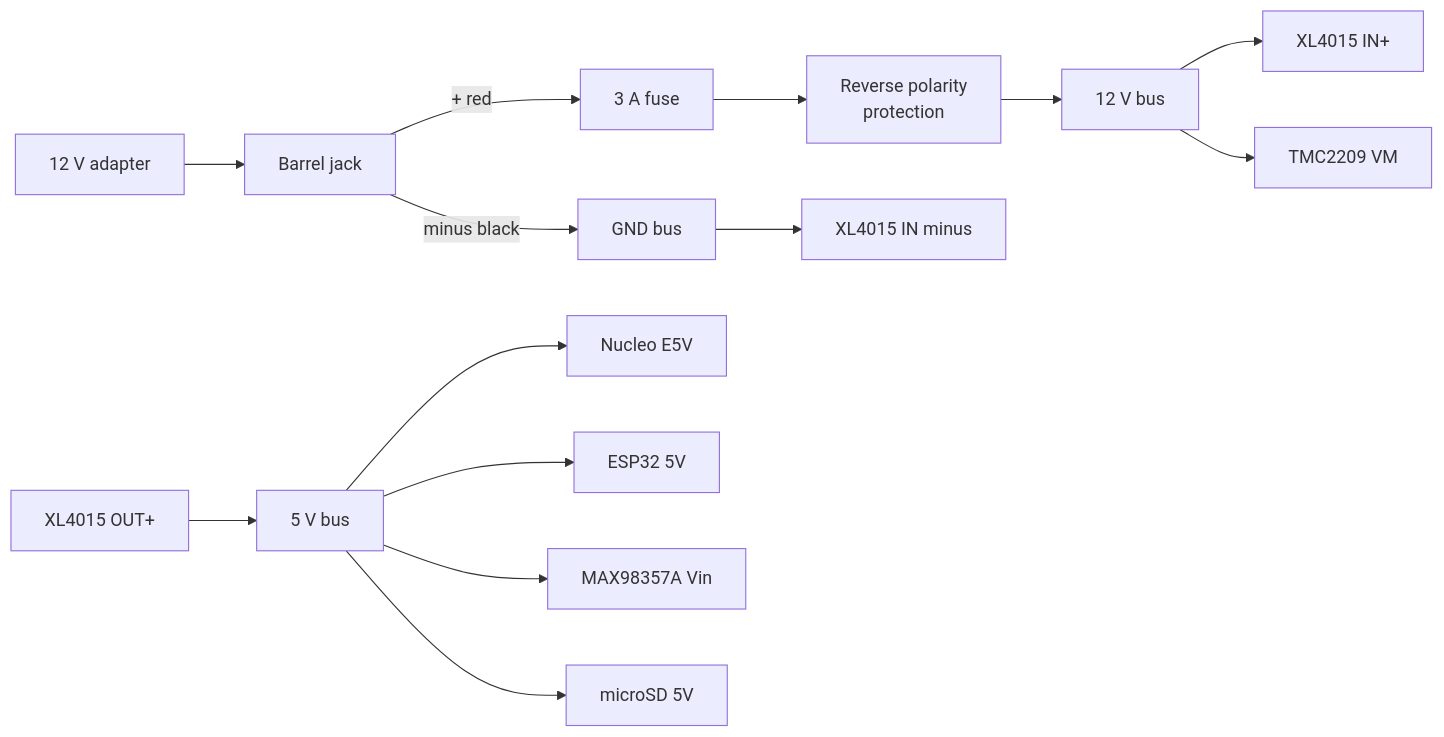
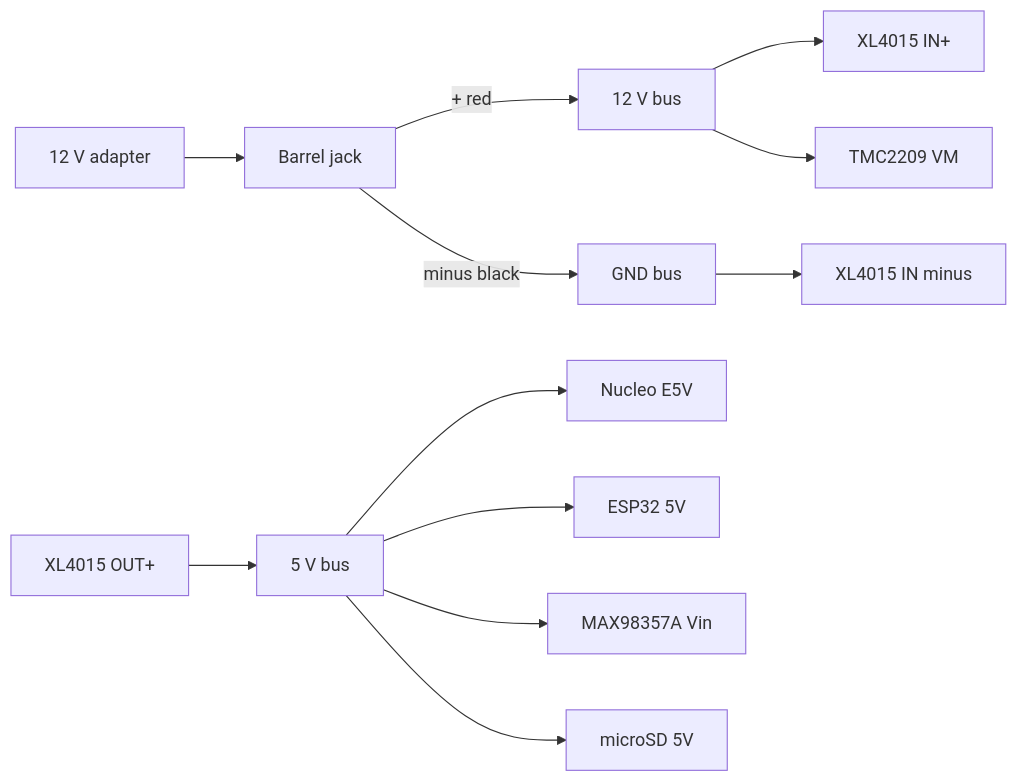
One commit to sourcandy101/kibbly changed the first of 3 diagrams in hardware/04_wiring_list.md. Above: the diagram before and after it, drawn with Mermaid. The commit also changed other lines of this file and 1 other file, not shown here.

First line of the commit message:
Remove the fuse and diode from the wiring and the power diagram

````diff
--- a/hardware/04_wiring_list.md
+++ b/hardware/04_wiring_list.md
@@ -86,14 +86,14 @@
 ```mermaid
 flowchart LR
     AD["12 V adapter"] --> J["Barrel jack"]
-    J -->|"+ red"| F["3 A fuse"] --> D["Reverse polarity<br/>protection"] --> B12["12 V bus"]
+    J -->|"+ red"| B12["12 V bus"]
     J -->|"minus black"| G["GND bus"]
     B12 --> XIN["XL4015 IN+"]
     G --> XGN["XL4015 IN minus"]
     XOUT["XL4015 OUT+"] --> B5["5 V bus"]
     B5 --> E5V["Nucleo E5V"]
     B5 --> ESP5["ESP32 5V"]
     B5 --> AMP5["MAX98357A Vin"]
     B5 --> SD5["microSD 5V"]
     B12 --> VM["TMC2209 VM"]
 ```
````
